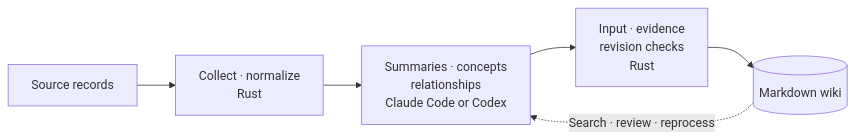
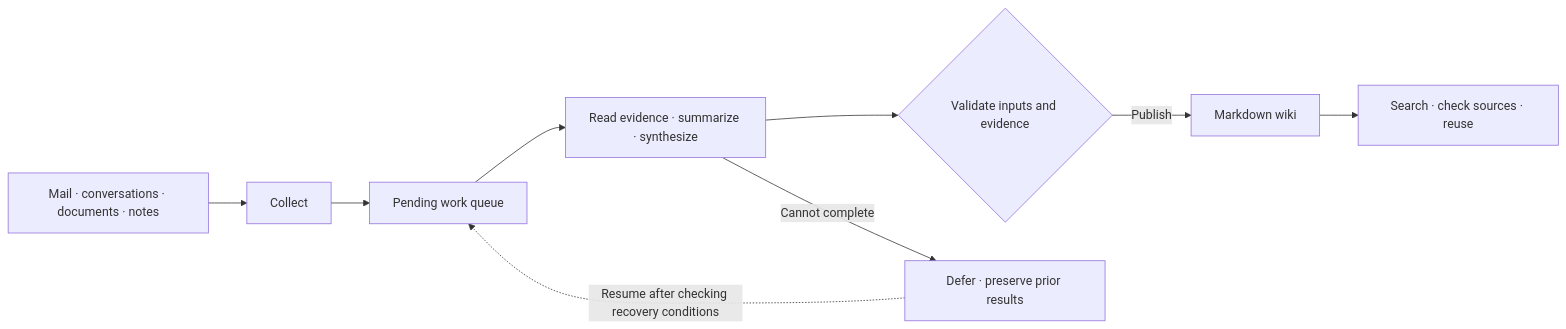
The diagram in README.en.md (junyeong-ai/lorekeeper), drawn with Mermaid before and after one commit. The commit also changed other lines of this file and 1 other file, not shown here.

Commit message:
docs: focus readmes on first use and evidence recovery

````diff
--- a/README.en.md
+++ b/README.en.md
@@ -31,8 +17,11 @@
 ```mermaid
 flowchart LR
-    S["Source records"] --> C["Collect · normalize<br/>Rust"]
-    C --> A["Summaries · concepts<br/>relationships<br/>Claude Code or Codex"]
-    A --> G["Input · evidence<br/>revision checks<br/>Rust"]
-    G --> W[("Markdown wiki")]
-    W -. "Search · review · reprocess" .-> A
+    S["Mail · conversations · documents · notes"] --> I["Collect"]
+    I --> Q["Pending work queue"]
+    Q --> A["Read evidence · summarize · synthesize"]
+    A --> V{"Validate inputs and evidence"}
+    V -->|Publish| W["Markdown wiki"]
+    A -->|Cannot complete| H["Defer · preserve prior results"]
+    H -. "Resume after checking recovery conditions" .-> Q
+    W --> U["Search · check sources · reuse"]
 ```
````
